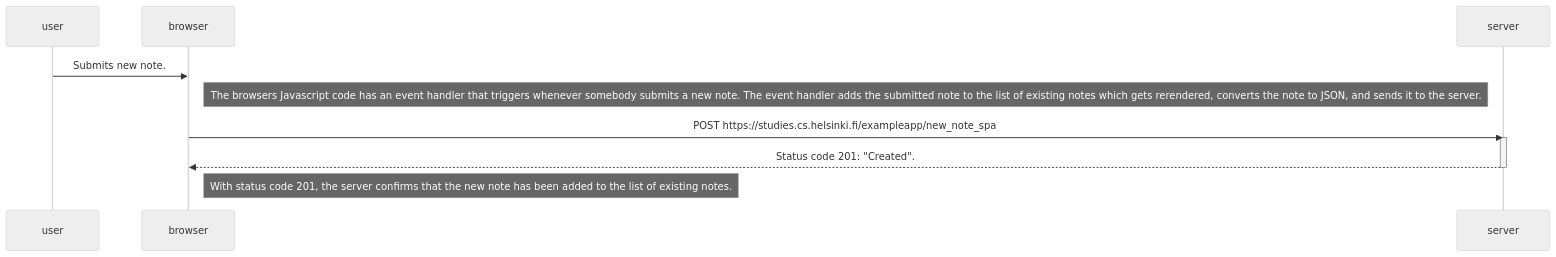
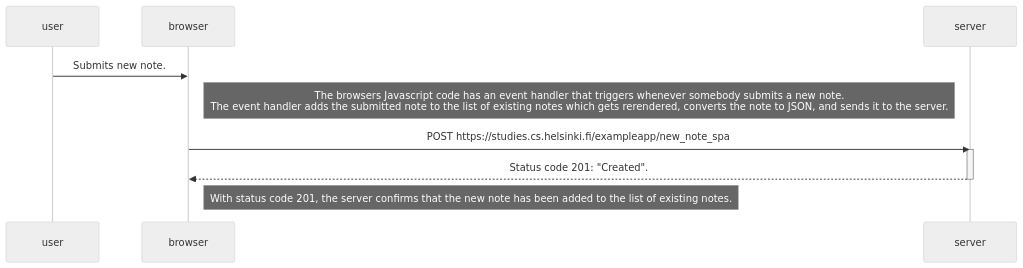
Before and after one commit to LinPig98/FullStackOpen: the diagram in PartZero/Exercise_0.6.md, drawn with Mermaid (neutral theme).

Commit message:
Added linebreak to certain notes.

````diff
--- a/PartZero/Exercise_0.6.md
+++ b/PartZero/Exercise_0.6.md
@@ -1,20 +1,20 @@
 ```mermaid
 
 sequenceDiagram
     participant user
     participant browser
     participant server
 
     user->>browser: Submits new note.
 
-    Note right of browser: The browsers Javascript code has an event handler that triggers whenever somebody submits a new note. The event handler adds the submitted note to the list of existing notes which gets rerendered, converts the note to JSON, and sends it to the server.
+    Note right of browser: The browsers Javascript code has an event handler that triggers whenever somebody submits a new note. <br/> The event handler adds the submitted note to the list of existing notes which gets rerendered, converts the note to JSON, and sends it to the server.
 
     browser->>server: POST https://studies.cs.helsinki.fi/exampleapp/new_note_spa
     activate server
     server-->>browser: Status code 201: "Created".
     deactivate server
 
     Note right of browser: With status code 201, the server confirms that the new note has been added to the list of existing notes.
 
 
 ```
````
